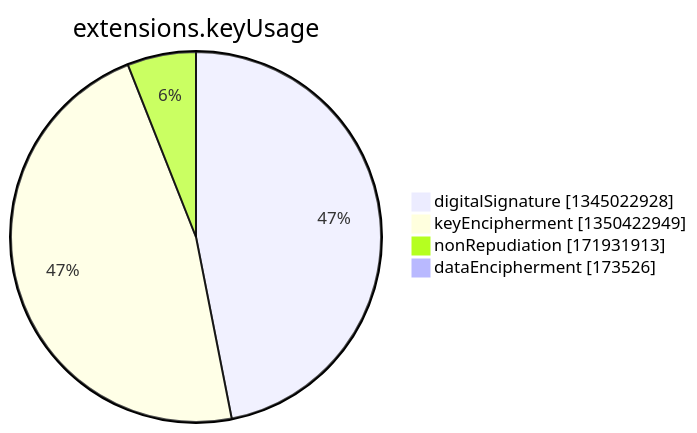
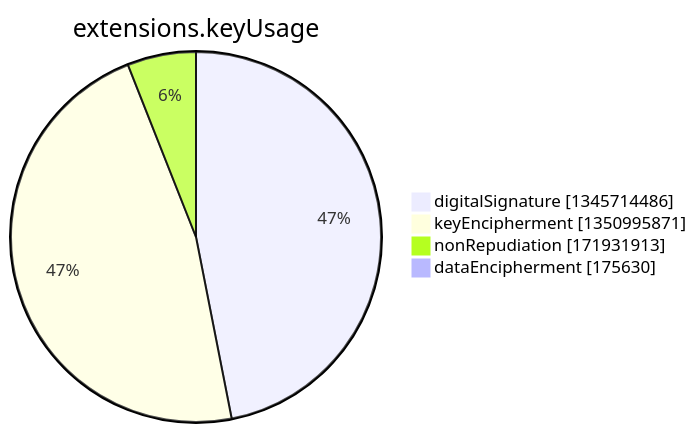
The seventh of 15 diagrams in argon2022/README.md (christiankrug/ctmonitor_visualization), drawn with Mermaid before and after one commit. The commit also changed other lines of this file, not shown here.

````diff
--- a/argon2022/README.md
+++ b/argon2022/README.md
@@ -2750,8 +2750,8 @@
 ```mermaid
 pie showData
 title extensions.keyUsage
-"digitalSignature" :1345022928
-"keyEncipherment" :1350422949
+"digitalSignature" :1345714486
+"keyEncipherment" :1350995871
 "nonRepudiation" :171931913
-"dataEncipherment" :173526
+"dataEncipherment" :175630
 ```
````
